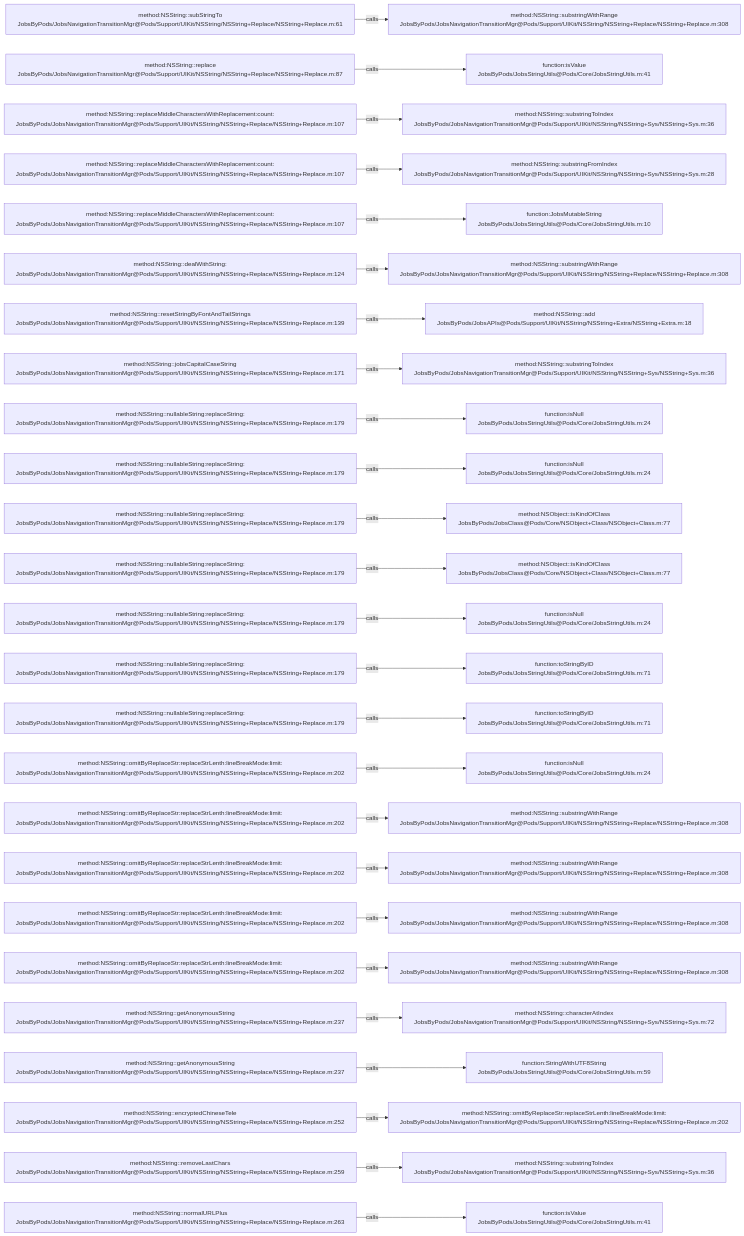
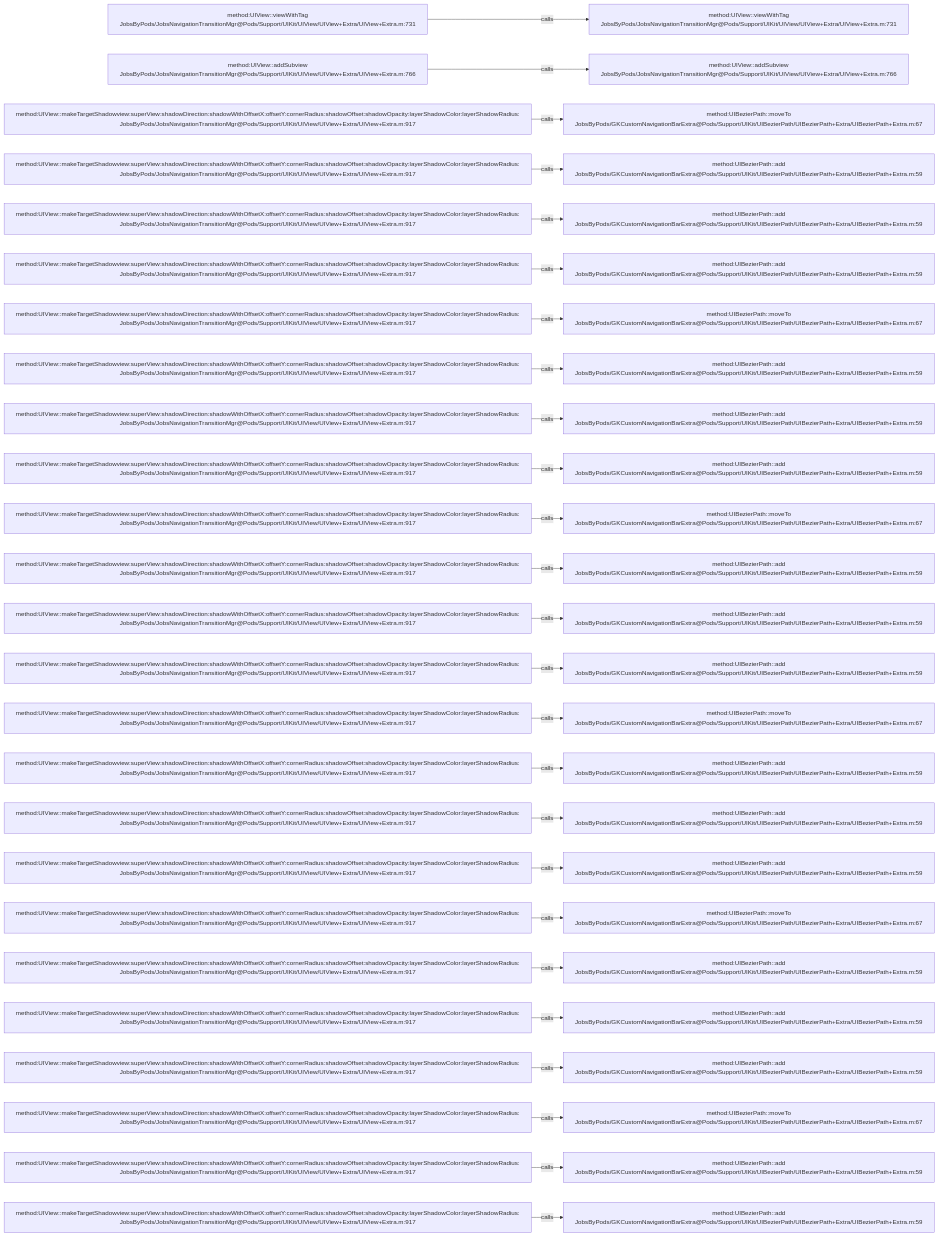
One commit to JobsKits/JobsOCBaseConfigDemo changed the diagram in .codegraph/codegraph.md/graphs/calls-132.md. Above: the diagram before and after it, drawn with Mermaid. The commit also changed 639 other files, not shown here.

````diff
--- a/.codegraph/codegraph.md/graphs/calls-132.md
+++ b/.codegraph/codegraph.md/graphs/calls-132.md
@@ -13,78 +13,78 @@
 ```mermaid
 flowchart LR
-  S1["method:NSString::subStringTo<br/>JobsByPods/JobsNavigationTransitionMgr@Pods/Support/UIKit/NSString/NSString+Replace/NSString+Replace.m:61"]
-  T1["method:NSString::substringWithRange<br/>JobsByPods/JobsNavigationTransitionMgr@Pods/Support/UIKit/NSString/NSString+Replace/NSString+Replace.m:308"]
+  S1["method:UIView::viewWithTag<br/>JobsByPods/JobsNavigationTransitionMgr@Pods/Support/UIKit/UIView/UIView+Extra/UIView+Extra.m:731"]
+  T1["method:UIView::viewWithTag<br/>JobsByPods/JobsNavigationTransitionMgr@Pods/Support/UIKit/UIView/UIView+Extra/UIView+Extra.m:731"]
   S1 -->|calls| T1
-  S2["method:NSString::replace<br/>JobsByPods/JobsNavigationTransitionMgr@Pods/Support/UIKit/NSString/NSString+Replace/NSString+Replace.m:87"]
-  T2["function:isValue<br/>JobsByPods/JobsStringUtils@Pods/Core/JobsStringUtils.m:41"]
+  S2["method:UIView::addSubview<br/>JobsByPods/JobsNavigationTransitionMgr@Pods/Support/UIKit/UIView/UIView+Extra/UIView+Extra.m:766"]
+  T2["method:UIView::addSubview<br/>JobsByPods/JobsNavigationTransitionMgr@Pods/Support/UIKit/UIView/UIView+Extra/UIView+Extra.m:766"]
   S2 -->|calls| T2
-  S3["method:NSString::replaceMiddleCharactersWithReplacement:count:<br/>JobsByPods/JobsNavigationTransitionMgr@Pods/Support/UIKit/NSString/NSString+Replace/NSString+Replace.m:107"]
-  T3["method:NSString::substringToIndex<br/>JobsByPods/JobsNavigationTransitionMgr@Pods/Support/UIKit/NSString/NSString+Sys/NSString+Sys.m:36"]
+  S3["method:UIView::makeTargetShadowview:superView:shadowDirection:shadowWithOffsetX:offsetY:cornerRadius:shadowOffset:shadowOpacity:layerShadowColor:layerShadowRadius:<br/>JobsByPods/JobsNavigationTransitionMgr@Pods/Support/UIKit/UIView/UIView+Extra/UIView+Extra.m:917"]
+  T3["method:UIBezierPath::moveTo<br/>JobsByPods/GKCustomNavigationBarExtra@Pods/Support/UIKit/UIBezierPath/UIBezierPath+Extra/UIBezierPath+Extra.m:67"]
   S3 -->|calls| T3
-  S4["method:NSString::replaceMiddleCharactersWithReplacement:count:<br/>JobsByPods/JobsNavigationTransitionMgr@Pods/Support/UIKit/NSString/NSString+Replace/NSString+Replace.m:107"]
-  T4["method:NSString::substringFromIndex<br/>JobsByPods/JobsNavigationTransitionMgr@Pods/Support/UIKit/NSString/NSString+Sys/NSString+Sys.m:28"]
+  S4["method:UIView::makeTargetShadowview:superView:shadowDirection:shadowWithOffsetX:offsetY:cornerRadius:shadowOffset:shadowOpacity:layerShadowColor:layerShadowRadius:<br/>JobsByPods/JobsNavigationTransitionMgr@Pods/Support/UIKit/UIView/UIView+Extra/UIView+Extra.m:917"]
+  T4["method:UIBezierPath::add<br/>JobsByPods/GKCustomNavigationBarExtra@Pods/Support/UIKit/UIBezierPath/UIBezierPath+Extra/UIBezierPath+Extra.m:59"]
   S4 -->|calls| T4
-  S5["method:NSString::replaceMiddleCharactersWithReplacement:count:<br/>JobsByPods/JobsNavigationTransitionMgr@Pods/Support/UIKit/NSString/NSString+Replace/NSString+Replace.m:107"]
-  T5["function:JobsMutableString<br/>JobsByPods/JobsStringUtils@Pods/Core/JobsStringUtils.m:10"]
+  S5["method:UIView::makeTargetShadowview:superView:shadowDirection:shadowWithOffsetX:offsetY:cornerRadius:shadowOffset:shadowOpacity:layerShadowColor:layerShadowRadius:<br/>JobsByPods/JobsNavigationTransitionMgr@Pods/Support/UIKit/UIView/UIView+Extra/UIView+Extra.m:917"]
+  T5["method:UIBezierPath::add<br/>JobsByPods/GKCustomNavigationBarExtra@Pods/Support/UIKit/UIBezierPath/UIBezierPath+Extra/UIBezierPath+Extra.m:59"]
   S5 -->|calls| T5
-  S6["method:NSString::dealWithString:<br/>JobsByPods/JobsNavigationTransitionMgr@Pods/Support/UIKit/NSString/NSString+Replace/NSString+Replace.m:124"]
-  T6["method:NSString::substringWithRange<br/>JobsByPods/JobsNavigationTransitionMgr@Pods/Support/UIKit/NSString/NSString+Replace/NSString+Replace.m:308"]
+  S6["method:UIView::makeTargetShadowview:superView:shadowDirection:shadowWithOffsetX:offsetY:cornerRadius:shadowOffset:shadowOpacity:layerShadowColor:layerShadowRadius:<br/>JobsByPods/JobsNavigationTransitionMgr@Pods/Support/UIKit/UIView/UIView+Extra/UIView+Extra.m:917"]
+  T6["method:UIBezierPath::add<br/>JobsByPods/GKCustomNavigationBarExtra@Pods/Support/UIKit/UIBezierPath/UIBezierPath+Extra/UIBezierPath+Extra.m:59"]
   S6 -->|calls| T6
-  S7["method:NSString::resetStringByFontAndTailStrings<br/>JobsByPods/JobsNavigationTransitionMgr@Pods/Support/UIKit/NSString/NSString+Replace/NSString+Replace.m:139"]
-  T7["method:NSString::add<br/>JobsByPods/JobsAPIs@Pods/Support/UIKit/NSString/NSString+Extra/NSString+Extra.m:18"]
+  S7["method:UIView::makeTargetShadowview:superView:shadowDirection:shadowWithOffsetX:offsetY:cornerRadius:shadowOffset:shadowOpacity:layerShadowColor:layerShadowRadius:<br/>JobsByPods/JobsNavigationTransitionMgr@Pods/Support/UIKit/UIView/UIView+Extra/UIView+Extra.m:917"]
+  T7["method:UIBezierPath::moveTo<br/>JobsByPods/GKCustomNavigationBarExtra@Pods/Support/UIKit/UIBezierPath/UIBezierPath+Extra/UIBezierPath+Extra.m:67"]
   S7 -->|calls| T7
-  S8["method:NSString::jobsCapitalCaseString<br/>JobsByPods/JobsNavigationTransitionMgr@Pods/Support/UIKit/NSString/NSString+Replace/NSString+Replace.m:171"]
-  T8["method:NSString::substringToIndex<br/>JobsByPods/JobsNavigationTransitionMgr@Pods/Support/UIKit/NSString/NSString+Sys/NSString+Sys.m:36"]
+  S8["method:UIView::makeTargetShadowview:superView:shadowDirection:shadowWithOffsetX:offsetY:cornerRadius:shadowOffset:shadowOpacity:layerShadowColor:layerShadowRadius:<br/>JobsByPods/JobsNavigationTransitionMgr@Pods/Support/UIKit/UIView/UIView+Extra/UIView+Extra.m:917"]
+  T8["method:UIBezierPath::add<br/>JobsByPods/GKCustomNavigationBarExtra@Pods/Support/UIKit/UIBezierPath/UIBezierPath+Extra/UIBezierPath+Extra.m:59"]
   S8 -->|calls| T8
-  S9["method:NSString::nullableString:replaceString:<br/>JobsByPods/JobsNavigationTransitionMgr@Pods/Support/UIKit/NSString/NSString+Replace/NSString+Replace.m:179"]
-  T9["function:isNull<br/>JobsByPods/JobsStringUtils@Pods/Core/JobsStringUtils.m:24"]
+  S9["method:UIView::makeTargetShadowview:superView:shadowDirection:shadowWithOffsetX:offsetY:cornerRadius:shadowOffset:shadowOpacity:layerShadowColor:layerShadowRadius:<br/>JobsByPods/JobsNavigationTransitionMgr@Pods/Support/UIKit/UIView/UIView+Extra/UIView+Extra.m:917"]
+  T9["method:UIBezierPath::add<br/>JobsByPods/GKCustomNavigationBarExtra@Pods/Support/UIKit/UIBezierPath/UIBezierPath+Extra/UIBezierPath+Extra.m:59"]
   S9 -->|calls| T9
-  S10["method:NSString::nullableString:replaceString:<br/>JobsByPods/JobsNavigationTransitionMgr@Pods/Support/UIKit/NSString/NSString+Replace/NSString+Replace.m:179"]
-  T10["function:isNull<br/>JobsByPods/JobsStringUtils@Pods/Core/JobsStringUtils.m:24"]
+  S10["method:UIView::makeTargetShadowview:superView:shadowDirection:shadowWithOffsetX:offsetY:cornerRadius:shadowOffset:shadowOpacity:layerShadowColor:layerShadowRadius:<br/>JobsByPods/JobsNavigationTransitionMgr@Pods/Support/UIKit/UIView/UIView+Extra/UIView+Extra.m:917"]
+  T10["method:UIBezierPath::add<br/>JobsByPods/GKCustomNavigationBarExtra@Pods/Support/UIKit/UIBezierPath/UIBezierPath+Extra/UIBezierPath+Extra.m:59"]
   S10 -->|calls| T10
-  S11["method:NSString::nullableString:replaceString:<br/>JobsByPods/JobsNavigationTransitionMgr@Pods/Support/UIKit/NSString/NSString+Replace/NSString+Replace.m:179"]
-  T11["method:NSObject::isKindOfClass<br/>JobsByPods/JobsClass@Pods/Core/NSObject+Class/NSObject+Class.m:77"]
+  S11["method:UIView::makeTargetShadowview:superView:shadowDirection:shadowWithOffsetX:offsetY:cornerRadius:shadowOffset:shadowOpacity:layerShadowColor:layerShadowRadius:<br/>JobsByPods/JobsNavigationTransitionMgr@Pods/Support/UIKit/UIView/UIView+Extra/UIView+Extra.m:917"]
+  T11["method:UIBezierPath::moveTo<br/>JobsByPods/GKCustomNavigationBarExtra@Pods/Support/UIKit/UIBezierPath/UIBezierPath+Extra/UIBezierPath+Extra.m:67"]
   S11 -->|calls| T11
-  S12["method:NSString::nullableString:replaceString:<br/>JobsByPods/JobsNavigationTransitionMgr@Pods/Support/UIKit/NSString/NSString+Replace/NSString+Replace.m:179"]
-  T12["method:NSObject::isKindOfClass<br/>JobsByPods/JobsClass@Pods/Core/NSObject+Class/NSObject+Class.m:77"]
+  S12["method:UIView::makeTargetShadowview:superView:shadowDirection:shadowWithOffsetX:offsetY:cornerRadius:shadowOffset:shadowOpacity:layerShadowColor:layerShadowRadius:<br/>JobsByPods/JobsNavigationTransitionMgr@Pods/Support/UIKit/UIView/UIView+Extra/UIView+Extra.m:917"]
+  T12["method:UIBezierPath::add<br/>JobsByPods/GKCustomNavigationBarExtra@Pods/Support/UIKit/UIBezierPath/UIBezierPath+Extra/UIBezierPath+Extra.m:59"]
   S12 -->|calls| T12
-  S13["method:NSString::nullableString:replaceString:<br/>JobsByPods/JobsNavigationTransitionMgr@Pods/Support/UIKit/NSString/NSString+Replace/NSString+Replace.m:179"]
-  T13["function:isNull<br/>JobsByPods/JobsStringUtils@Pods/Core/JobsStringUtils.m:24"]
+  S13["method:UIView::makeTargetShadowview:superView:shadowDirection:shadowWithOffsetX:offsetY:cornerRadius:shadowOffset:shadowOpacity:layerShadowColor:layerShadowRadius:<br/>JobsByPods/JobsNavigationTransitionMgr@Pods/Support/UIKit/UIView/UIView+Extra/UIView+Extra.m:917"]
+  T13["method:UIBezierPath::add<br/>JobsByPods/GKCustomNavigationBarExtra@Pods/Support/UIKit/UIBezierPath/UIBezierPath+Extra/UIBezierPath+Extra.m:59"]
   S13 -->|calls| T13
-  S14["method:NSString::nullableString:replaceString:<br/>JobsByPods/JobsNavigationTransitionMgr@Pods/Support/UIKit/NSString/NSString+Replace/NSString+Replace.m:179"]
-  T14["function:toStringByID<br/>JobsByPods/JobsStringUtils@Pods/Core/JobsStringUtils.m:71"]
+  S14["method:UIView::makeTargetShadowview:superView:shadowDirection:shadowWithOffsetX:offsetY:cornerRadius:shadowOffset:shadowOpacity:layerShadowColor:layerShadowRadius:<br/>JobsByPods/JobsNavigationTransitionMgr@Pods/Support/UIKit/UIView/UIView+Extra/UIView+Extra.m:917"]
+  T14["method:UIBezierPath::add<br/>JobsByPods/GKCustomNavigationBarExtra@Pods/Support/UIKit/UIBezierPath/UIBezierPath+Extra/UIBezierPath+Extra.m:59"]
   S14 -->|calls| T14
-  S15["method:NSString::nullableString:replaceString:<br/>JobsByPods/JobsNavigationTransitionMgr@Pods/Support/UIKit/NSString/NSString+Replace/NSString+Replace.m:179"]
-  T15["function:toStringByID<br/>JobsByPods/JobsStringUtils@Pods/Core/JobsStringUtils.m:71"]
+  S15["method:UIView::makeTargetShadowview:superView:shadowDirection:shadowWithOffsetX:offsetY:cornerRadius:shadowOffset:shadowOpacity:layerShadowColor:layerShadowRadius:<br/>JobsByPods/JobsNavigationTransitionMgr@Pods/Support/UIKit/UIView/UIView+Extra/UIView+Extra.m:917"]
+  T15["method:UIBezierPath::moveTo<br/>JobsByPods/GKCustomNavigationBarExtra@Pods/Support/UIKit/UIBezierPath/UIBezierPath+Extra/UIBezierPath+Extra.m:67"]
   S15 -->|calls| T15
-  S16["method:NSString::omitByReplaceStr:replaceStrLenth:lineBreakMode:limit:<br/>JobsByPods/JobsNavigationTransitionMgr@Pods/Support/UIKit/NSString/NSString+Replace/NSString+Replace.m:202"]
-  T16["function:isNull<br/>JobsByPods/JobsStringUtils@Pods/Core/JobsStringUtils.m:24"]
+  S16["method:UIView::makeTargetShadowview:superView:shadowDirection:shadowWithOffsetX:offsetY:cornerRadius:shadowOffset:shadowOpacity:layerShadowColor:layerShadowRadius:<br/>JobsByPods/JobsNavigationTransitionMgr@Pods/Support/UIKit/UIView/UIView+Extra/UIView+Extra.m:917"]
+  T16["method:UIBezierPath::add<br/>JobsByPods/GKCustomNavigationBarExtra@Pods/Support/UIKit/UIBezierPath/UIBezierPath+Extra/UIBezierPath+Extra.m:59"]
   S16 -->|calls| T16
-  S17["method:NSString::omitByReplaceStr:replaceStrLenth:lineBreakMode:limit:<br/>JobsByPods/JobsNavigationTransitionMgr@Pods/Support/UIKit/NSString/NSString+Replace/NSString+Replace.m:202"]
-  T17["method:NSString::substringWithRange<br/>JobsByPods/JobsNavigationTransitionMgr@Pods/Support/UIKit/NSString/NSString+Replace/NSString+Replace.m:308"]
+  S17["method:UIView::makeTargetShadowview:superView:shadowDirection:shadowWithOffsetX:offsetY:cornerRadius:shadowOffset:shadowOpacity:layerShadowColor:layerShadowRadius:<br/>JobsByPods/JobsNavigationTransitionMgr@Pods/Support/UIKit/UIView/UIView+Extra/UIView+Extra.m:917"]
+  T17["method:UIBezierPath::add<br/>JobsByPods/GKCustomNavigationBarExtra@Pods/Support/UIKit/UIBezierPath/UIBezierPath+Extra/UIBezierPath+Extra.m:59"]
   S17 -->|calls| T17
-  S18["method:NSString::omitByReplaceStr:replaceStrLenth:lineBreakMode:limit:<br/>JobsByPods/JobsNavigationTransitionMgr@Pods/Support/UIKit/NSString/NSString+Replace/NSString+Replace.m:202"]
-  T18["method:NSString::substringWithRange<br/>JobsByPods/JobsNavigationTransitionMgr@Pods/Support/UIKit/NSString/NSString+Replace/NSString+Replace.m:308"]
+  S18["method:UIView::makeTargetShadowview:superView:shadowDirection:shadowWithOffsetX:offsetY:cornerRadius:shadowOffset:shadowOpacity:layerShadowColor:layerShadowRadius:<br/>JobsByPods/JobsNavigationTransitionMgr@Pods/Support/UIKit/UIView/UIView+Extra/UIView+Extra.m:917"]
+  T18["method:UIBezierPath::add<br/>JobsByPods/GKCustomNavigationBarExtra@Pods/Support/UIKit/UIBezierPath/UIBezierPath+Extra/UIBezierPath+Extra.m:59"]
   S18 -->|calls| T18
-  S19["method:NSString::omitByReplaceStr:replaceStrLenth:lineBreakMode:limit:<br/>JobsByPods/JobsNavigationTransitionMgr@Pods/Support/UIKit/NSString/NSString+Replace/NSString+Replace.m:202"]
-  T19["method:NSString::substringWithRange<br/>JobsByPods/JobsNavigationTransitionMgr@Pods/Support/UIKit/NSString/NSString+Replace/NSString+Replace.m:308"]
+  S19["method:UIView::makeTargetShadowview:superView:shadowDirection:shadowWithOffsetX:offsetY:cornerRadius:shadowOffset:shadowOpacity:layerShadowColor:layerShadowRadius:<br/>JobsByPods/JobsNavigationTransitionMgr@Pods/Support/UIKit/UIView/UIView+Extra/UIView+Extra.m:917"]
+  T19["method:UIBezierPath::moveTo<br/>JobsByPods/GKCustomNavigationBarExtra@Pods/Support/UIKit/UIBezierPath/UIBezierPath+Extra/UIBezierPath+Extra.m:67"]
   S19 -->|calls| T19
-  S20["method:NSString::omitByReplaceStr:replaceStrLenth:lineBreakMode:limit:<br/>JobsByPods/JobsNavigationTransitionMgr@Pods/Support/UIKit/NSString/NSString+Replace/NSString+Replace.m:202"]
-  T20["method:NSString::substringWithRange<br/>JobsByPods/JobsNavigationTransitionMgr@Pods/Support/UIKit/NSString/NSString+Replace/NSString+Replace.m:308"]
+  S20["method:UIView::makeTargetShadowview:superView:shadowDirection:shadowWithOffsetX:offsetY:cornerRadius:shadowOffset:shadowOpacity:layerShadowColor:layerShadowRadius:<br/>JobsByPods/JobsNavigationTransitionMgr@Pods/Support/UIKit/UIView/UIView+Extra/UIView+Extra.m:917"]
+  T20["method:UIBezierPath::add<br/>JobsByPods/GKCustomNavigationBarExtra@Pods/Support/UIKit/UIBezierPath/UIBezierPath+Extra/UIBezierPath+Extra.m:59"]
   S20 -->|calls| T20
-  S21["method:NSString::getAnonymousString<br/>JobsByPods/JobsNavigationTransitionMgr@Pods/Support/UIKit/NSString/NSString+Replace/NSString+Replace.m:237"]
-  T21["method:NSString::characterAtIndex<br/>JobsByPods/JobsNavigationTransitionMgr@Pods/Support/UIKit/NSString/NSString+Sys/NSString+Sys.m:72"]
+  S21["method:UIView::makeTargetShadowview:superView:shadowDirection:shadowWithOffsetX:offsetY:cornerRadius:shadowOffset:shadowOpacity:layerShadowColor:layerShadowRadius:<br/>JobsByPods/JobsNavigationTransitionMgr@Pods/Support/UIKit/UIView/UIView+Extra/UIView+Extra.m:917"]
+  T21["method:UIBezierPath::add<br/>JobsByPods/GKCustomNavigationBarExtra@Pods/Support/UIKit/UIBezierPath/UIBezierPath+Extra/UIBezierPath+Extra.m:59"]
   S21 -->|calls| T21
-  S22["method:NSString::getAnonymousString<br/>JobsByPods/JobsNavigationTransitionMgr@Pods/Support/UIKit/NSString/NSString+Replace/NSString+Replace.m:237"]
-  T22["function:StringWithUTF8String<br/>JobsByPods/JobsStringUtils@Pods/Core/JobsStringUtils.m:59"]
+  S22["method:UIView::makeTargetShadowview:superView:shadowDirection:shadowWithOffsetX:offsetY:cornerRadius:shadowOffset:shadowOpacity:layerShadowColor:layerShadowRadius:<br/>JobsByPods/JobsNavigationTransitionMgr@Pods/Support/UIKit/UIView/UIView+Extra/UIView+Extra.m:917"]
+  T22["method:UIBezierPath::add<br/>JobsByPods/GKCustomNavigationBarExtra@Pods/Support/UIKit/UIBezierPath/UIBezierPath+Extra/UIBezierPath+Extra.m:59"]
   S22 -->|calls| T22
-  S23["method:NSString::encryptedChineseTele<br/>JobsByPods/JobsNavigationTransitionMgr@Pods/Support/UIKit/NSString/NSString+Replace/NSString+Replace.m:252"]
-  T23["method:NSString::omitByReplaceStr:replaceStrLenth:lineBreakMode:limit:<br/>JobsByPods/JobsNavigationTransitionMgr@Pods/Support/UIKit/NSString/NSString+Replace/NSString+Replace.m:202"]
+  S23["method:UIView::makeTargetShadowview:superView:shadowDirection:shadowWithOffsetX:offsetY:cornerRadius:shadowOffset:shadowOpacity:layerShadowColor:layerShadowRadius:<br/>JobsByPods/JobsNavigationTransitionMgr@Pods/Support/UIKit/UIView/UIView+Extra/UIView+Extra.m:917"]
+  T23["method:UIBezierPath::moveTo<br/>JobsByPods/GKCustomNavigationBarExtra@Pods/Support/UIKit/UIBezierPath/UIBezierPath+Extra/UIBezierPath+Extra.m:67"]
   S23 -->|calls| T23
-  S24["method:NSString::removeLastChars<br/>JobsByPods/JobsNavigationTransitionMgr@Pods/Support/UIKit/NSString/NSString+Replace/NSString+Replace.m:259"]
-  T24["method:NSString::substringToIndex<br/>JobsByPods/JobsNavigationTransitionMgr@Pods/Support/UIKit/NSString/NSString+Sys/NSString+Sys.m:36"]
+  S24["method:UIView::makeTargetShadowview:superView:shadowDirection:shadowWithOffsetX:offsetY:cornerRadius:shadowOffset:shadowOpacity:layerShadowColor:layerShadowRadius:<br/>JobsByPods/JobsNavigationTransitionMgr@Pods/Support/UIKit/UIView/UIView+Extra/UIView+Extra.m:917"]
+  T24["method:UIBezierPath::add<br/>JobsByPods/GKCustomNavigationBarExtra@Pods/Support/UIKit/UIBezierPath/UIBezierPath+Extra/UIBezierPath+Extra.m:59"]
   S24 -->|calls| T24
-  S25["method:NSString::normalURLPlus<br/>JobsByPods/JobsNavigationTransitionMgr@Pods/Support/UIKit/NSString/NSString+Replace/NSString+Replace.m:263"]
-  T25["function:isValue<br/>JobsByPods/JobsStringUtils@Pods/Core/JobsStringUtils.m:41"]
+  S25["method:UIView::makeTargetShadowview:superView:shadowDirection:shadowWithOffsetX:offsetY:cornerRadius:shadowOffset:shadowOpacity:layerShadowColor:layerShadowRadius:<br/>JobsByPods/JobsNavigationTransitionMgr@Pods/Support/UIKit/UIView/UIView+Extra/UIView+Extra.m:917"]
+  T25["method:UIBezierPath::add<br/>JobsByPods/GKCustomNavigationBarExtra@Pods/Support/UIKit/UIBezierPath/UIBezierPath+Extra/UIBezierPath+Extra.m:59"]
   S25 -->|calls| T25
 ```
````
